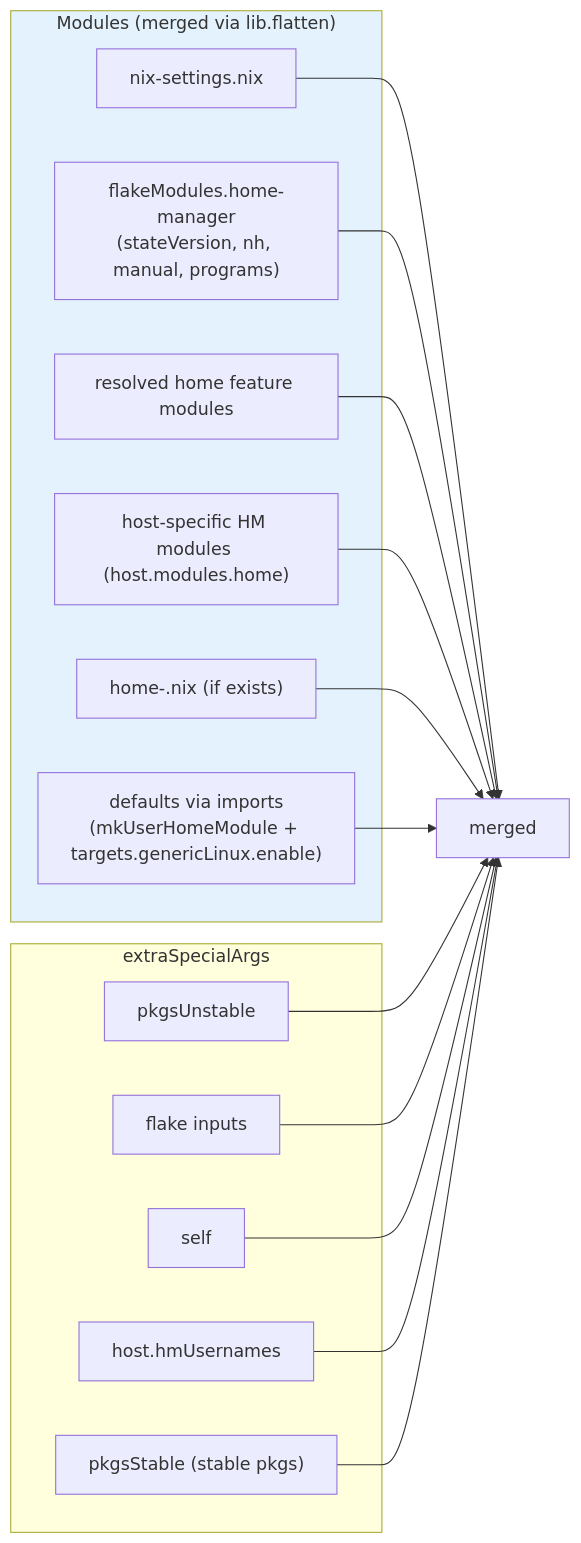
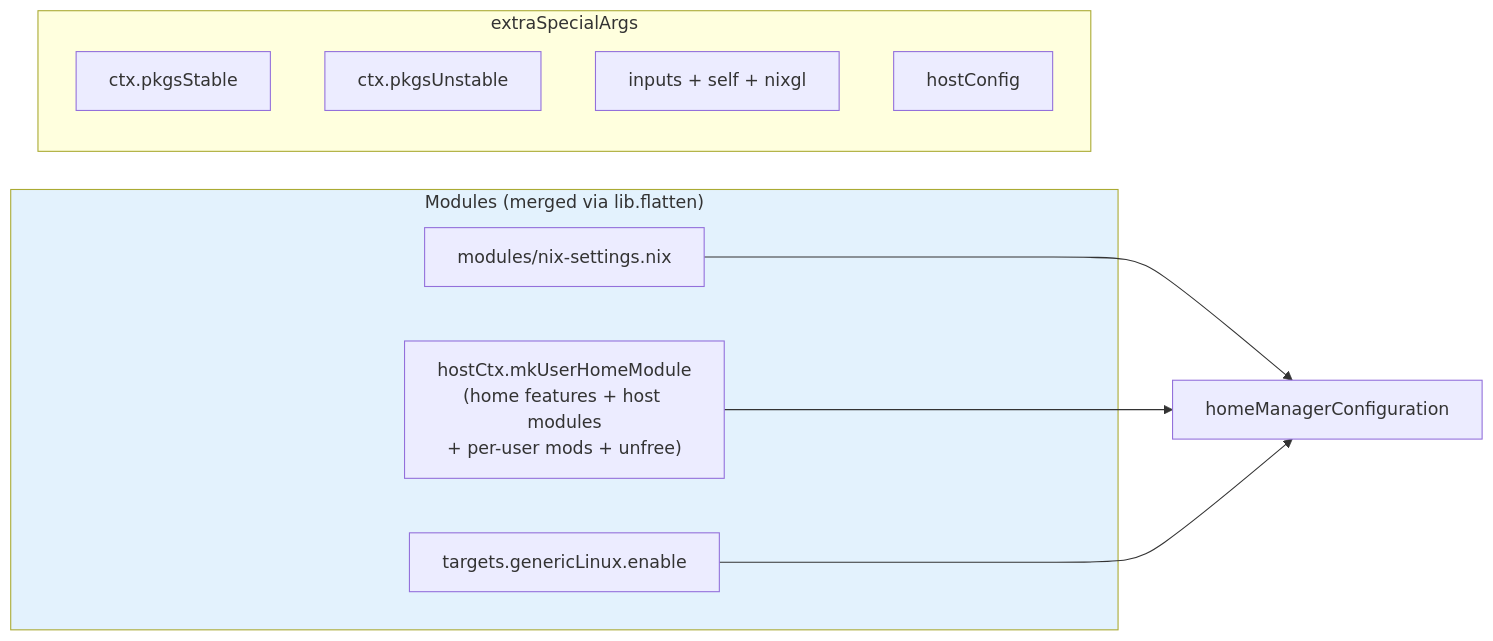
Before and after one commit to WombatFromHell/automatic-palm-tree: the sixth of 8 diagrams in DESIGN.md, drawn with Mermaid. The commit also changed other lines of this file and 83 other files, not shown here.

````diff
--- a/DESIGN.md
+++ b/DESIGN.md
@@ -226,30 +281,18 @@
 ```mermaid
 flowchart LR
     subgraph M["Modules (merged via lib.flatten)"]
-        nixSet["nix-settings.nix"]
-        hmMod["flakeModules.home-manager\n(stateVersion, nh, manual, programs)"]
-        featMod["resolved home feature modules"]
-        hostMod["host-specific HM modules (host.modules.home)"]
-        userMod["home-<user>.nix (if exists)"]
-        defaults["defaults via imports\n(mkUserHomeModule + targets.genericLinux.enable)"]
+        nixSet["modules/nix-settings.nix"]
+        baseModule["hostCtx.mkUserHomeModule\n(home features + host modules\n+ per-user mods + unfree)"]
+        generic["targets.genericLinux.enable"]
     end
     subgraph EA["extraSpecialArgs"]
-        pkgsUnstable["pkgsUnstable"]
-        inputs["flake inputs"]
-        self["self"]
-        hmUsernames["host.hmUsernames"]
-        pkgsStable["pkgsStable (stable pkgs)"]
+        pkgsStable["ctx.pkgsStable"]
+        pkgsUnstable["ctx.pkgsUnstable"]
+        inputs["inputs + self + nixgl"]
+        hostConfig["hostConfig"]
     end
-    nixSet --> merged
-    hmMod --> merged
-    featMod --> merged
-    hostMod --> merged
-    userMod --> merged
-    defaults --> merged
-    pkgsUnstable --> merged
-    inputs --> merged
-    self --> merged
-    hmUsernames --> merged
-    pkgsStable --> merged
+    nixSet --> merged["homeManagerConfiguration"]
+    baseModule --> merged
+    generic --> merged
     style M fill:#e3f2fd
 ```
````
